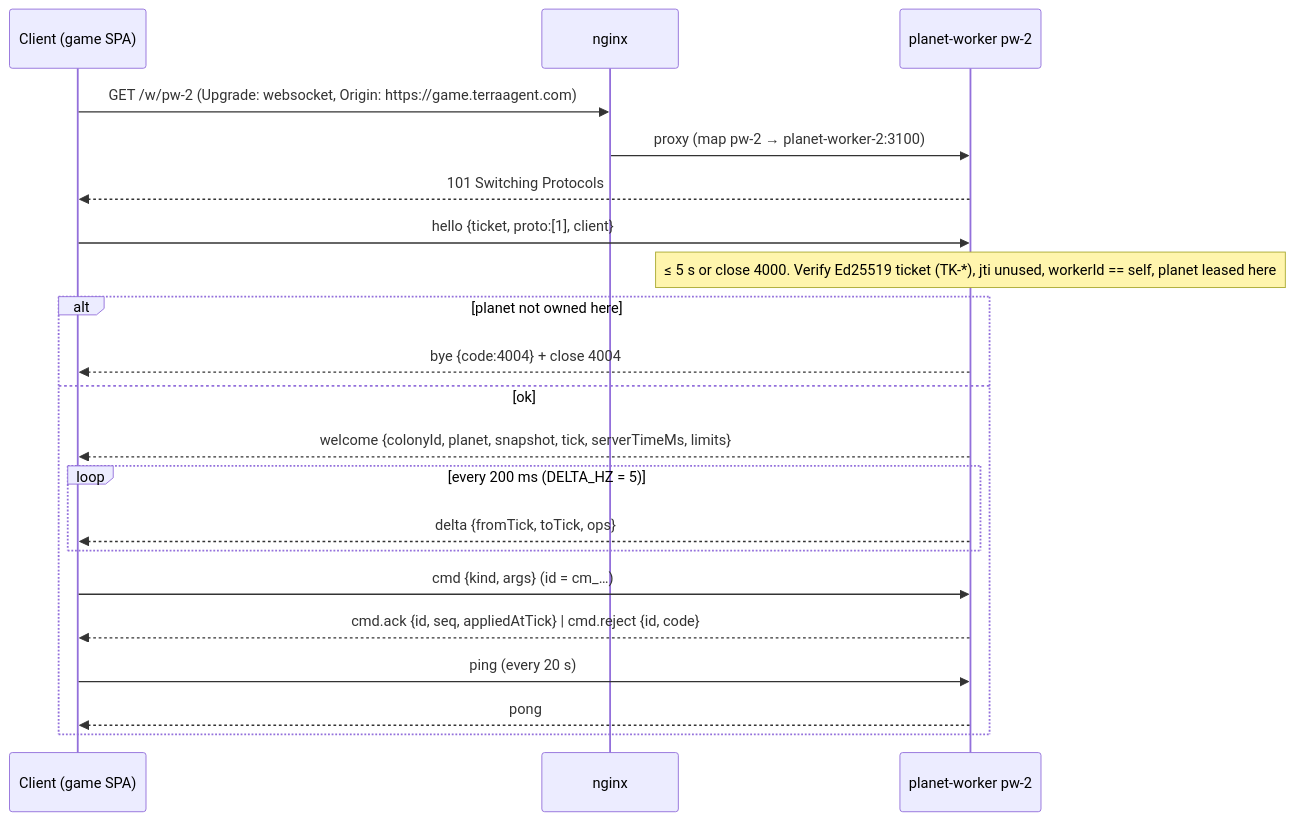
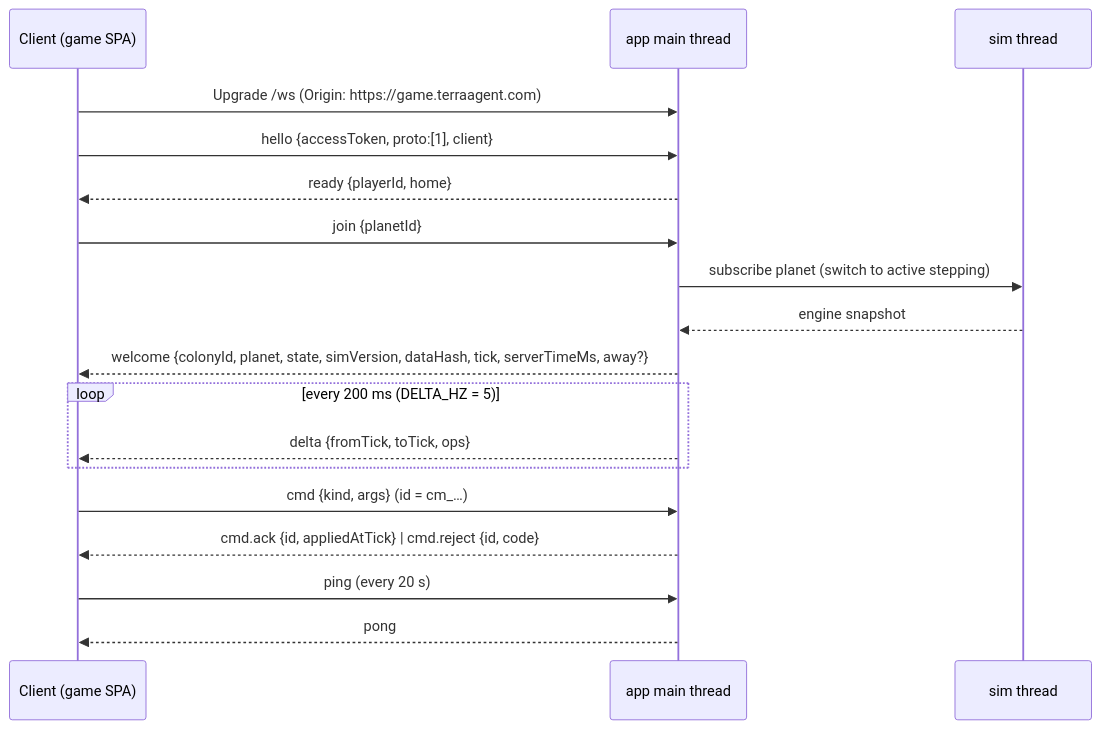
One commit to recferret-bit/terraagent changed the diagram in docs/spec/PROTOCOL.md. Above: the diagram before and after it, drawn with Mermaid. The commit also changed other lines of this file and 63 other files, not shown here.

````diff
--- a/docs/spec/PROTOCOL.md
+++ b/docs/spec/PROTOCOL.md
@@ -60,22 +58,19 @@
 ```mermaid
 sequenceDiagram
   participant C as Client (game SPA)
-  participant N as nginx
-  participant W as planet-worker pw-2
-  C->>N: GET /w/pw-2 (Upgrade: websocket, Origin: https://game.terraagent.com)
-  N->>W: proxy (map pw-2 → planet-worker-2:3100)
-  W-->>C: 101 Switching Protocols
-  C->>W: hello {ticket, proto:[1], client}
-  Note over W: ≤ 5 s or close 4000. Verify Ed25519 ticket (TK-*), jti unused, workerId == self, planet leased here
-  alt planet not owned here
-    W-->>C: bye {code:4004} + close 4004
-  else ok
-    W-->>C: welcome {colonyId, planet, snapshot, tick, serverTimeMs, limits}
-    loop every 200 ms (DELTA_HZ = 5)
-      W-->>C: delta {fromTick, toTick, ops}
-    end
-    C->>W: cmd {kind, args} (id = cm_…)
-    W-->>C: cmd.ack {id, seq, appliedAtTick} | cmd.reject {id, code}
-    C->>W: ping (every 20 s) ; W-->>C: pong
+  participant A as app main thread
+  participant T as sim thread
+  C->>A: Upgrade /ws (Origin: https://game.terraagent.com)
+  C->>A: hello {accessToken, proto:[1], client}
+  A-->>C: ready {playerId, home}
+  C->>A: join {planetId}
+  A->>T: subscribe planet (switch to active stepping)
+  T-->>A: engine snapshot
+  A-->>C: welcome {colonyId, planet, state, simVersion, dataHash, tick, serverTimeMs, away?}
+  loop every 200 ms (DELTA_HZ = 5)
+    A-->>C: delta {fromTick, toTick, ops}
   end
+  C->>A: cmd {kind, args} (id = cm_…)
+  A-->>C: cmd.ack {id, appliedAtTick} | cmd.reject {id, code}
+  C->>A: ping (every 20 s) ; A-->>C: pong
 ```
````
